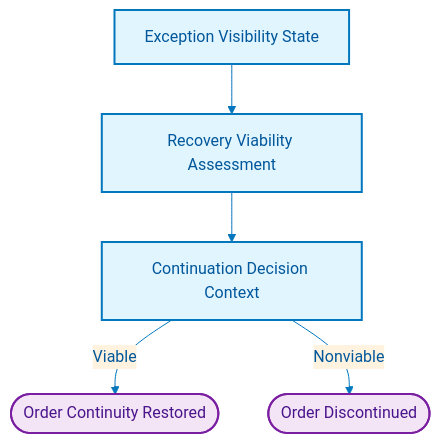
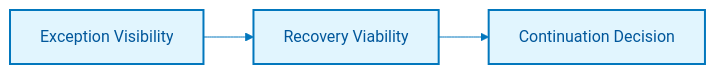
One commit to Evilazaro/Azure-LogicApps-Monitoring changed the sixth of 7 diagrams in docs/architecture/01-business-architecture.md. Above: the diagram before and after it, drawn with Mermaid. The commit also changed other lines of this file, not shown here.

Commit message:
Refine Business Architecture document: enhance clarity in order management processes, update stakeholder expectations, and improve value stream definitions

````diff
--- a/docs/architecture/01-business-architecture.md
+++ b/docs/architecture/01-business-architecture.md
@@ -414,21 +386,14 @@
 ```mermaid
 %%{init: {'theme':'base', 'themeVariables': { 'primaryColor':'#e1f5fe','primaryTextColor':'#01579b','primaryBorderColor':'#0277bd','lineColor':'#0277bd','secondaryColor':'#fff3e0','tertiaryColor':'#f3e5f5'}}}%%
-flowchart TB
-    S1[Exception Visibility State]
-    S2[Recovery Viability Assessment]
-    S3[Continuation Decision Context]
-
-    O1([Order Continuity Restored])
-    O2([Order Discontinued])
+flowchart LR
+    S1[Exception Visibility]
+    S2[Recovery Viability]
+    S3[Continuation Decision]
 
     S1 --> S2
     S2 --> S3
-    S3 -->|Viable| O1
-    S3 -->|Nonviable| O2
 
     classDef state fill:#e1f5fe,stroke:#0277bd,stroke-width:2px,color:#01579b
-    classDef outcome fill:#f3e5f5,stroke:#7b1fa2,stroke-width:2px,color:#4a148c
 
     class S1,S2,S3 state
-    class O1,O2 outcome
 ```
````
